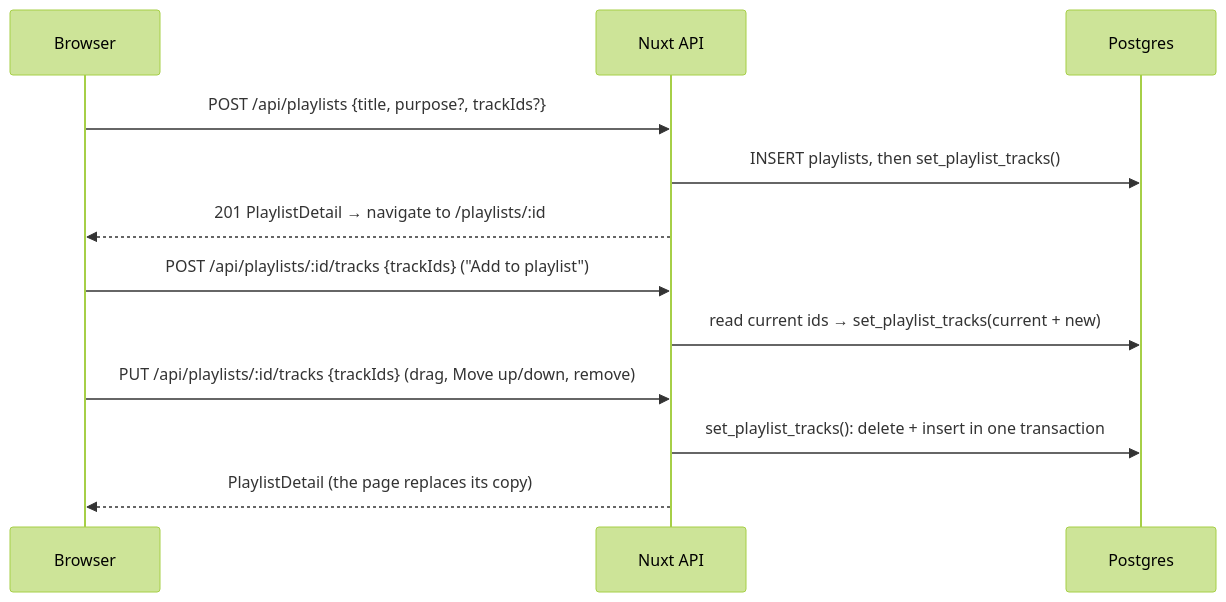
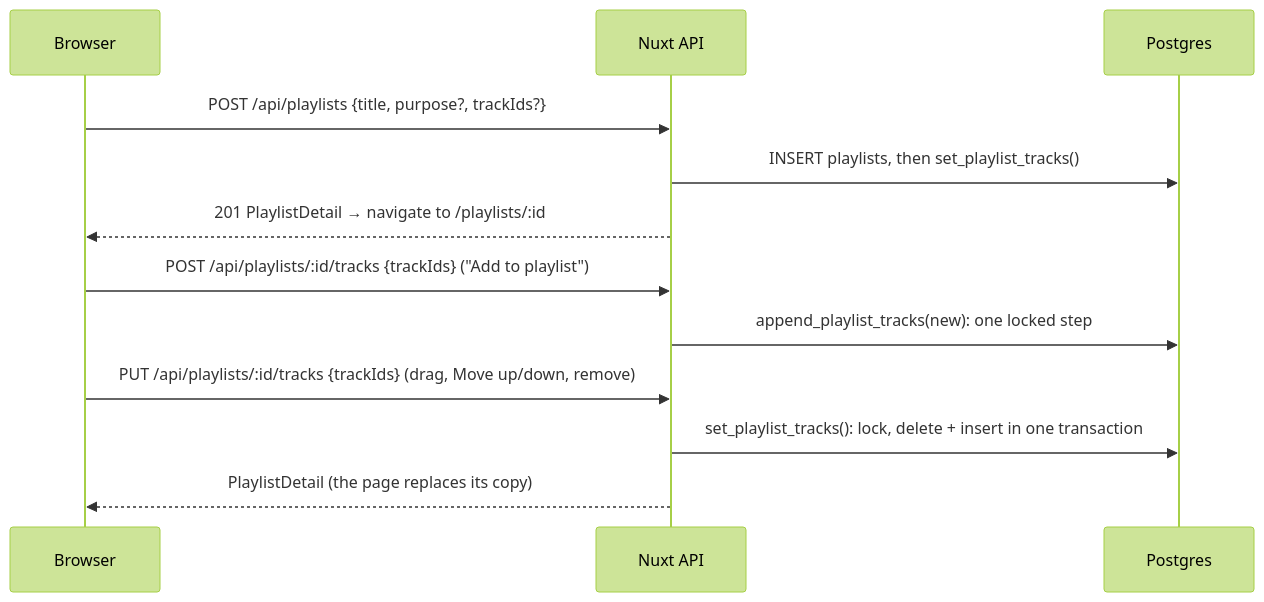
One commit to alesssz/Chronovault changed the eighth of 11 diagrams in docs/07-data-flows.md. Above: the diagram before and after it, drawn with Mermaid (forest theme). The commit also changed other lines of this file and 26 other files, not shown here.

````diff
--- a/docs/07-data-flows.md
+++ b/docs/07-data-flows.md
@@ -374,14 +374,14 @@
 ```mermaid
 sequenceDiagram
   participant B as Browser
   participant N as Nuxt API
   participant D as Postgres
   B->>N: POST /api/playlists {title, purpose?, trackIds?}
   N->>D: INSERT playlists, then set_playlist_tracks()
   N-->>B: 201 PlaylistDetail → navigate to /playlists/:id
   B->>N: POST /api/playlists/:id/tracks {trackIds} ("Add to playlist")
-  N->>D: read current ids → set_playlist_tracks(current + new)
+  N->>D: append_playlist_tracks(new): one locked step
   B->>N: PUT /api/playlists/:id/tracks {trackIds} (drag, Move up/down, remove)
-  N->>D: set_playlist_tracks(): delete + insert in one transaction
+  N->>D: set_playlist_tracks(): lock, delete + insert in one transaction
   N-->>B: PlaylistDetail (the page replaces its copy)
 ```
````
